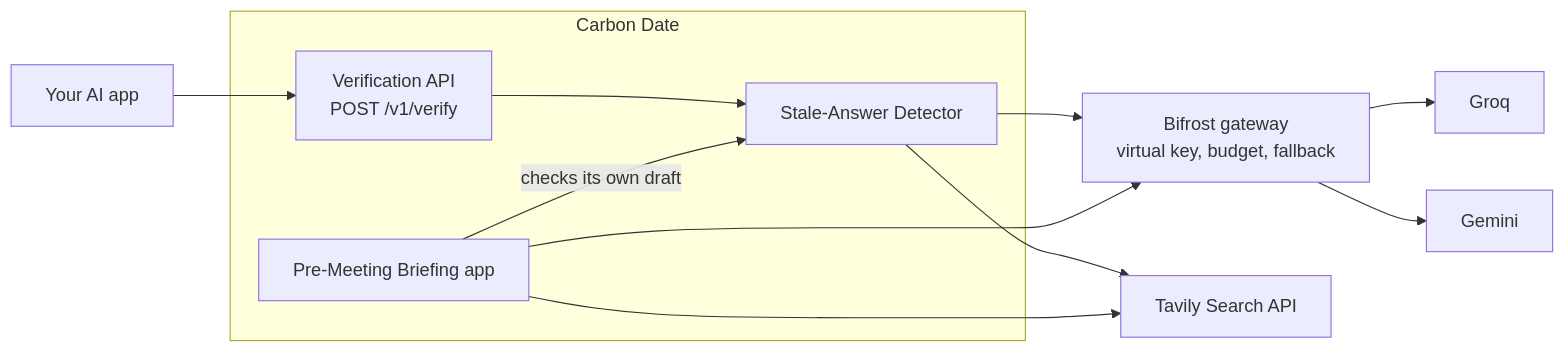
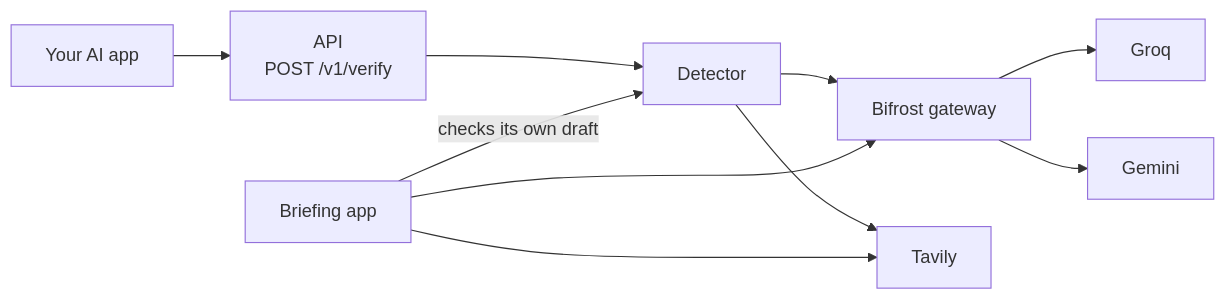
The diagram in README.md (mgoblimar/bifrost_tavily_global_ai_hackathon), drawn with Mermaid before and after one commit. The commit also changed other lines of this file, not shown here.

````diff
--- a/README.md
+++ b/README.md
@@ -218,17 +159,12 @@
 ```mermaid
 flowchart LR
-    X[Your AI app] --> A
-    subgraph App["Carbon Date"]
-        A["Verification API<br/>POST /v1/verify"]
-        D[Stale-Answer Detector]
-        B[Pre-Meeting Briefing app]
-    end
-    A --> D
-    B -- "checks its own draft" --> D
-    D --> G["Bifrost gateway<br/>virtual key, budget, fallback"]
+    X[Your AI app] --> A["API<br/>POST /v1/verify"]
+    A --> D[Detector]
+    B[Briefing app] -- "checks its own draft" --> D
+    D --> G[Bifrost gateway]
     B --> G
     G --> P1[Groq]
     G --> P2[Gemini]
-    D --> T[Tavily Search API]
+    D --> T[Tavily]
     B --> T
 ```
````
